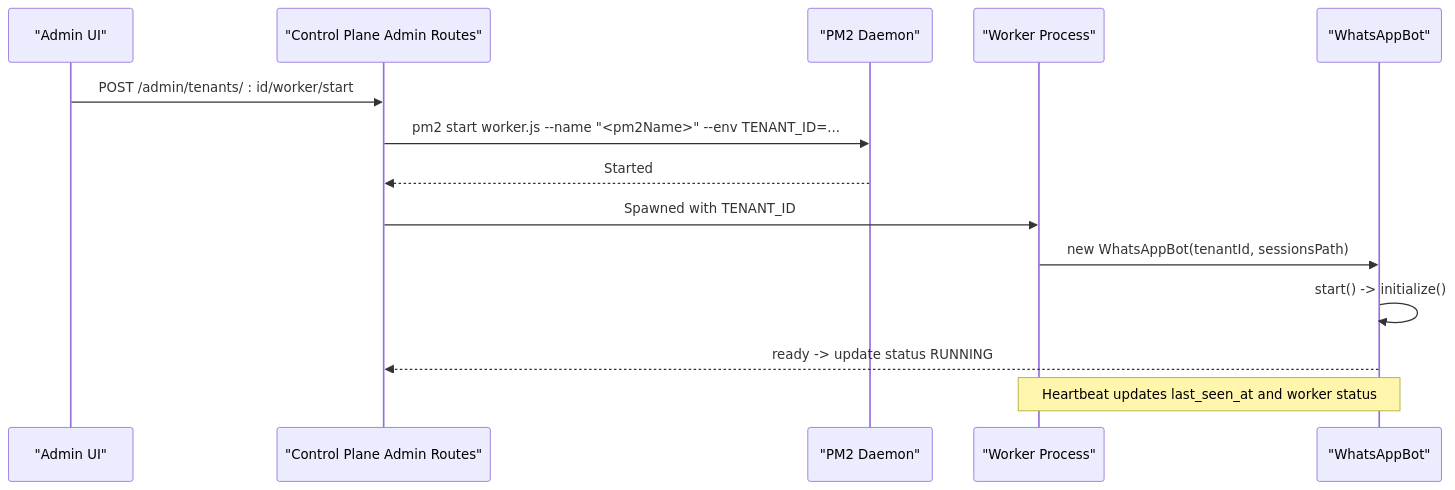
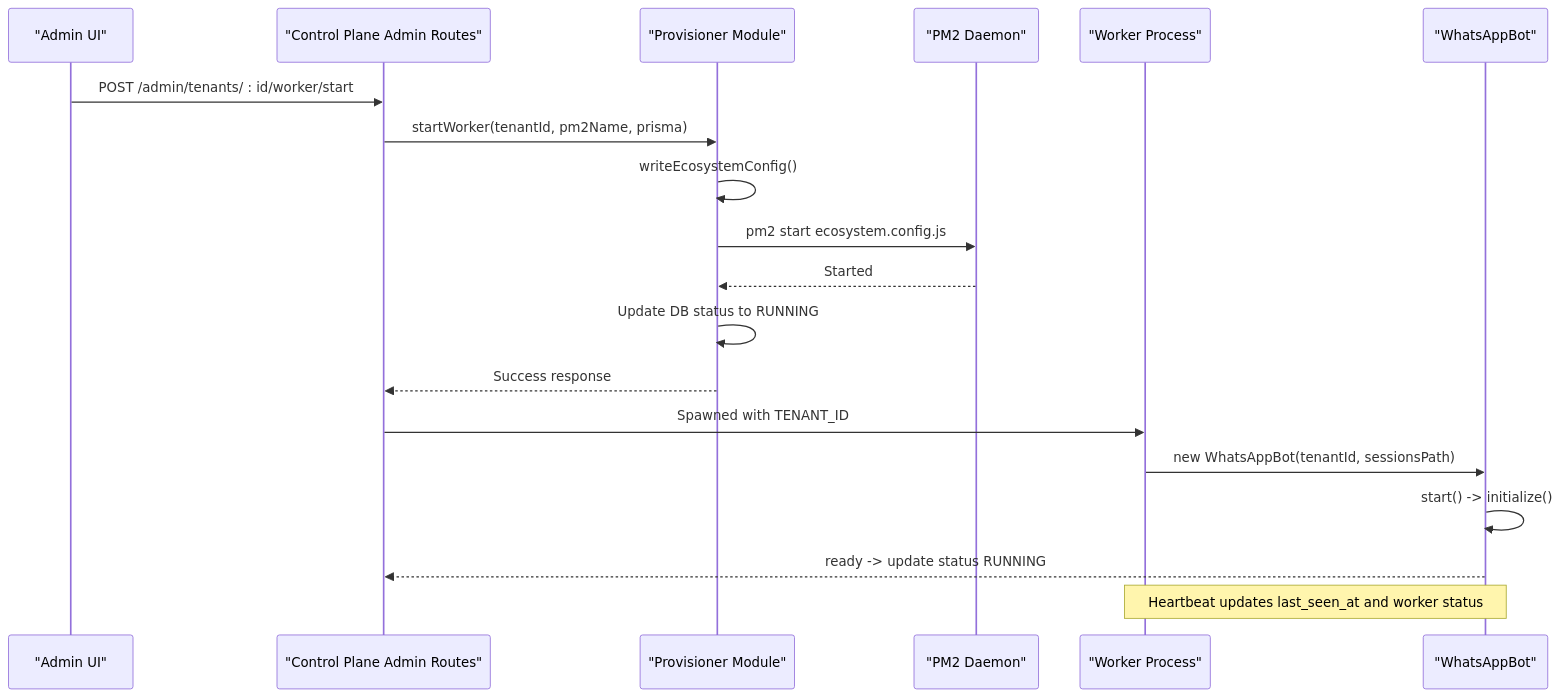
The second of 8 diagrams in .qoder/repowiki/en/content/Worker Orchestration/Worker Orchestration.md (askchiwa-spec/FLOW-HQ-BOT), drawn with Mermaid before and after one commit. The commit also changed other lines of this file and 27 other files, not shown here.

````diff
--- a/.qoder/repowiki/en/content/Worker Orchestration/Worker Orchestration.md
+++ b/.qoder/repowiki/en/content/Worker Orchestration/Worker Orchestration.md
@@ -123,16 +142,21 @@
 ```mermaid
 sequenceDiagram
 participant Admin as "Admin UI"
 participant CP_Admin as "Control Plane Admin Routes"
+participant Provisioner as "Provisioner Module"
 participant PM2 as "PM2 Daemon"
 participant Worker as "Worker Process"
 participant Bot as "WhatsAppBot"
 Admin->>CP_Admin : POST /admin/tenants/ : id/worker/start
-CP_Admin->>PM2 : pm2 start worker.js --name "<pm2Name>" --env TENANT_ID=...
-PM2-->>CP_Admin : Started
+CP_Admin->>Provisioner : startWorker(tenantId, pm2Name, prisma)
+Provisioner->>Provisioner : writeEcosystemConfig()
+Provisioner->>PM2 : pm2 start ecosystem.config.js
+PM2-->>Provisioner : Started
+Provisioner->>Provisioner : Update DB status to RUNNING
+Provisioner-->>CP_Admin : Success response
 CP_Admin->>Worker : Spawned with TENANT_ID
 Worker->>Bot : new WhatsAppBot(tenantId, sessionsPath)
 Bot->>Bot : start() -> initialize()
 Bot-->>CP_Admin : ready -> update status RUNNING
 Note over Worker,Bot : Heartbeat updates last_seen_at and worker status
 ```
````
